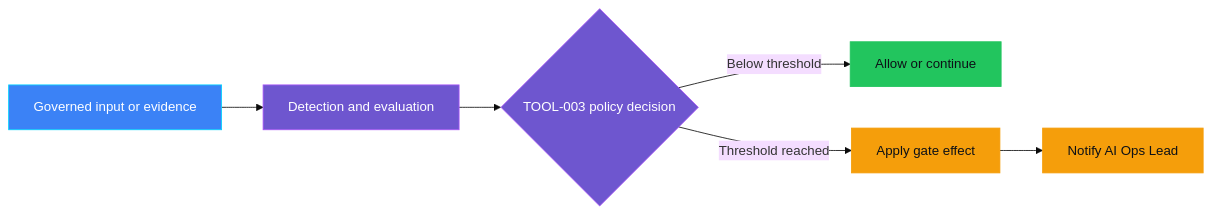
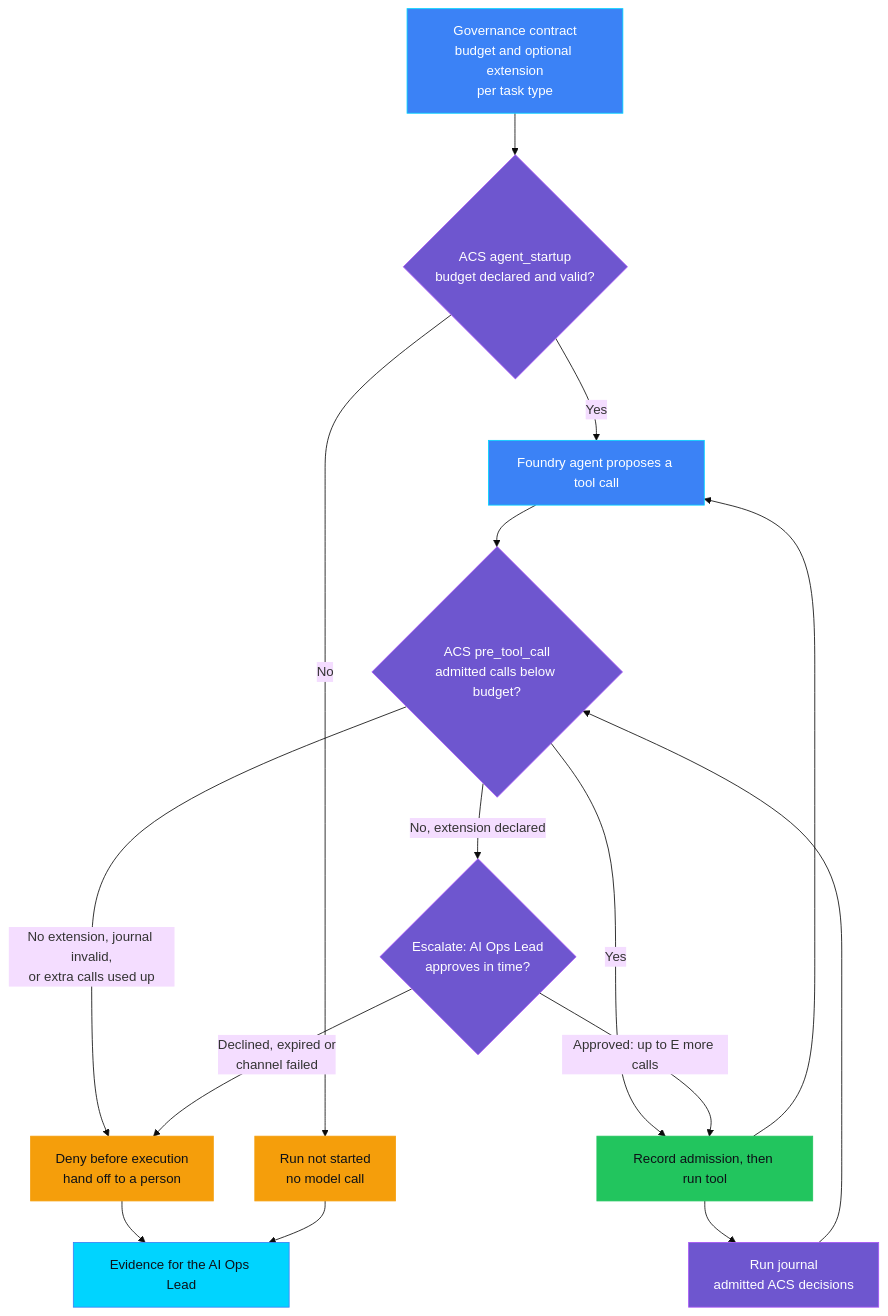
One commit to doruit/forged-with-foundry changed the first of 2 diagrams in controls/tool_governance/TOOL-003_excessive_tool_calls/README.md. Above: the diagram before and after it, drawn with Mermaid (base theme). The commit also changed other lines of this file and 109 other files, not shown here.

First line of the commit message:
feat: runaway agent kill switch bundle (TOOL-003, RUN-006, AUT-004) (#47)

````diff
--- a/controls/tool_governance/TOOL-003_excessive_tool_calls/README.md
+++ b/controls/tool_governance/TOOL-003_excessive_tool_calls/README.md
@@ -56,17 +166,28 @@
 ```mermaid
-flowchart LR
-    I[Governed input or evidence] --> D[Detection and evaluation]
-    D --> P{TOOL-003 policy decision}
-    P -->|Below threshold| A[Allow or continue]
-    P -->|Threshold reached| E[Apply gate effect]
-    E --> O[Notify AI Ops Lead]
+flowchart TB
+    C[Governance contract<br/>budget and optional extension<br/>per task type] --> S{ACS agent_startup<br/>budget declared and valid?}
+    S -->|No| N[Run not started<br/>no model call]
+    S -->|Yes| M[Foundry agent proposes a tool call]
+    M --> P{ACS pre_tool_call<br/>admitted calls below budget?}
+    J[Run journal<br/>admitted ACS decisions] --> P
+    P -->|Yes| R[Record admission, then run tool]
+    R --> J
+    R --> M
+    P -->|No, extension declared| X{Escalate: AI Ops Lead<br/>approves in time?}
+    X -->|Approved: up to E more calls| R
+    P -->|No extension, journal invalid,<br/>or extra calls used up| H[Deny before execution<br/>hand off to a person]
+    X -->|Declined, expired or<br/>channel failed| H
+    H --> E[Evidence for the AI Ops Lead]
+    N --> E
 
     classDef governance fill:#6E56CF,stroke:#A855F7,color:#FFFFFF
     classDef platform fill:#3B82F6,stroke:#00D4FF,color:#FFFFFF
     classDef success fill:#22C55E,stroke:#22C55E,color:#0D1117
     classDef attention fill:#F59E0B,stroke:#F59E0B,color:#0D1117
-    class D,P governance
-    class I platform
-    class A success
-    class E,O attention
+    classDef evidence fill:#00D4FF,stroke:#3B82F6,color:#0D1117
+    class S,P,J,X governance
+    class C,M platform
+    class R success
+    class N,H attention
+    class E evidence
 ```
````
